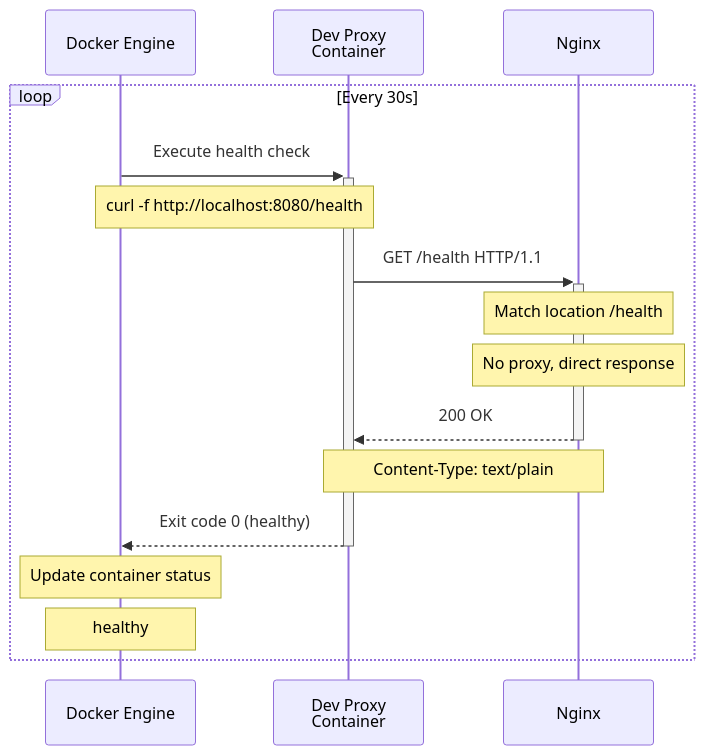
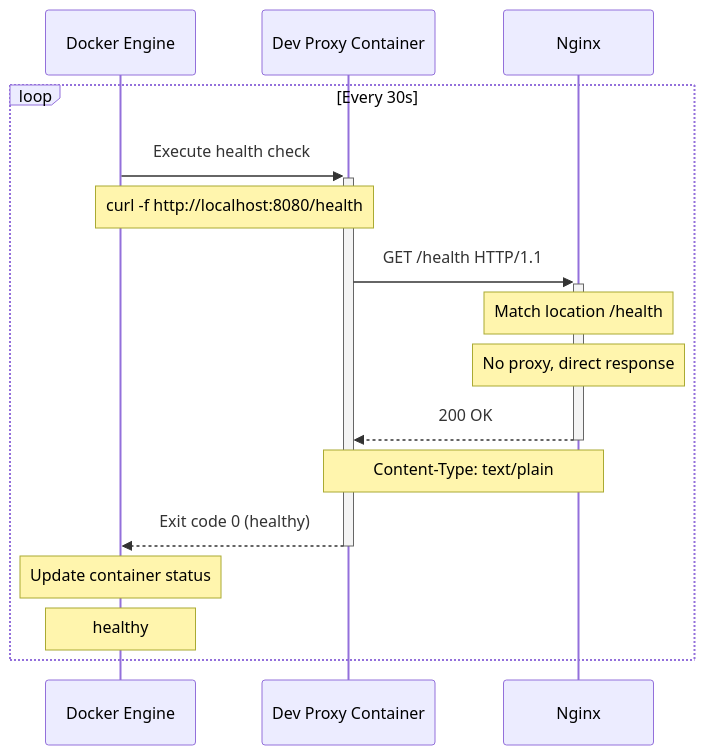
One commit to softwarewrighter/dev-proxy changed the third of 9 diagrams in wiki/Request-Flow.md. Above: the diagram before and after it, drawn with Mermaid. The commit also changed other lines of this file and 6 other files, not shown here.

First line of the commit message:
Fix wiki Mermaid diagrams: remove <br/> tags

````diff
--- a/wiki/Request-Flow.md
+++ b/wiki/Request-Flow.md
@@ -147,24 +147,24 @@
 ```mermaid
 sequenceDiagram
     participant Docker as Docker Engine
-    participant Container as Dev Proxy<br/>Container
+    participant Container as Dev Proxy Container
     participant Nginx as Nginx
 
     loop Every 30s
         Docker->>+Container: Execute health check
         Note over Docker,Container: curl -f http://localhost:8080/health
 
         Container->>+Nginx: GET /health HTTP/1.1
 
         Note over Nginx: Match location /health
         Note over Nginx: No proxy, direct response
 
         Nginx-->>-Container: 200 OK
         Note over Nginx,Container: Content-Type: text/plain
 
         Container-->>-Docker: Exit code 0 (healthy)
 
         Note over Docker: Update container status
         Note over Docker: healthy
     end
 ```
````
